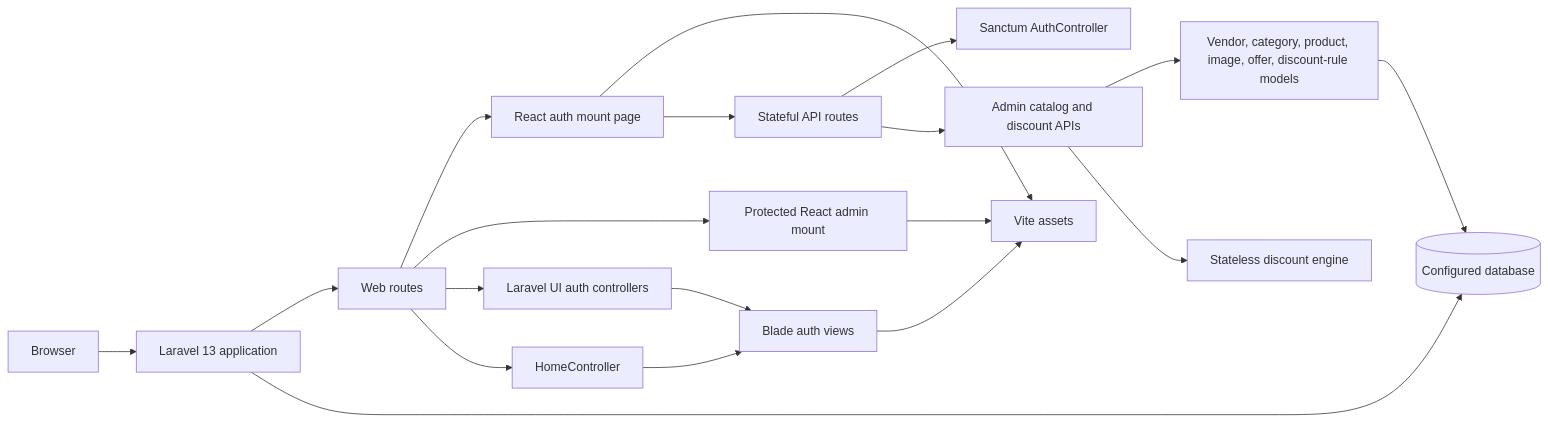
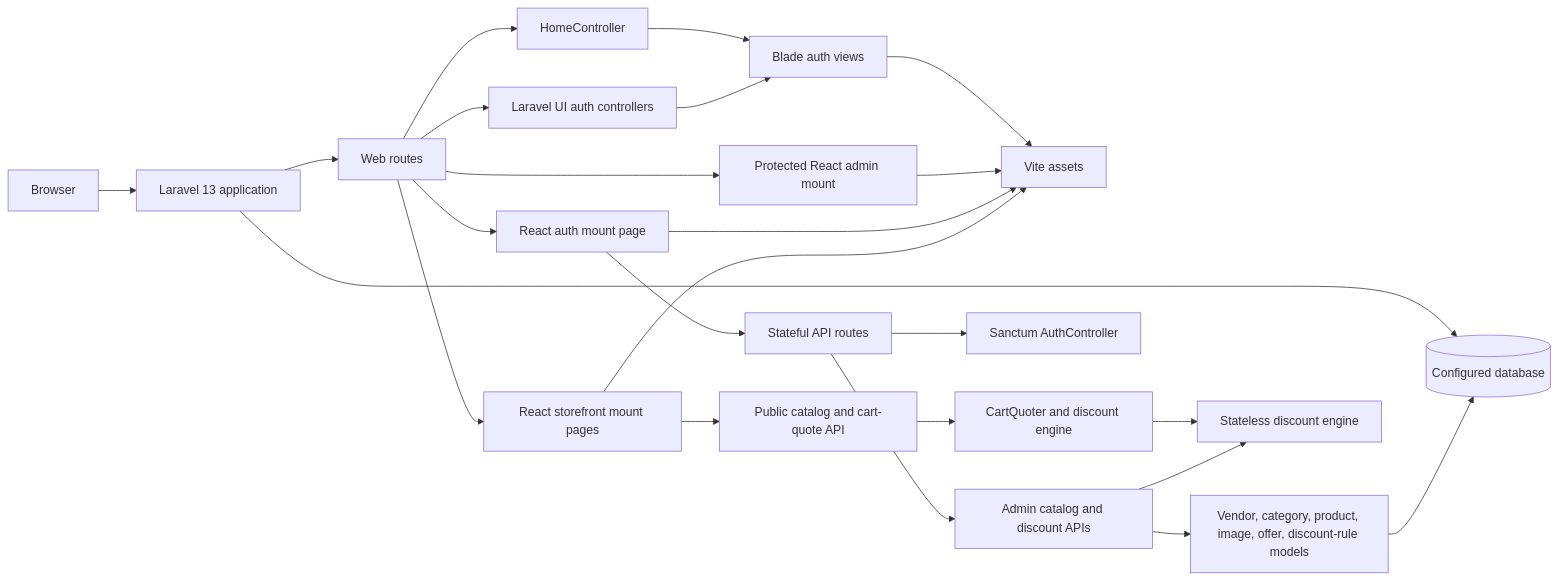
The diagram in docs/architecture/overview.md (artgolwebdev/lara-multi-vendors-shop), drawn with Mermaid before and after one commit. The commit also changed other lines of this file and 65 other files, not shown here.

First line of the commit message:
Implement public product listing and guest shopping cart

````diff
--- a/docs/architecture/overview.md
+++ b/docs/architecture/overview.md
@@ -7,21 +7,26 @@
 ```mermaid
 flowchart LR
     Browser --> Laravel[Laravel 13 application]
     Laravel --> WebRoutes[Web routes]
+    WebRoutes --> StorePage[React storefront mount pages]
     WebRoutes --> ReactPage[React auth mount page]
     WebRoutes --> AdminPage[Protected React admin mount]
-    ReactPage --> Vite[Vite assets]
+    StorePage --> Vite[Vite assets]
+    ReactPage --> Vite
     AdminPage --> Vite
+    StorePage --> PublicApi[Public catalog and cart-quote API]
+    PublicApi --> CartQuoter[CartQuoter and discount engine]
     ReactPage --> ApiRoutes[Stateful API routes]
     ApiRoutes --> ApiAuth[Sanctum AuthController]
     ApiRoutes --> AdminApi[Admin catalog and discount APIs]
     AdminApi --> Catalog[Vendor, category, product, image, offer, discount-rule models]
     AdminApi --> Discounts[Stateless discount engine]
+    CartQuoter --> Discounts
     Catalog --> DB
     WebRoutes --> Auth[Laravel UI auth controllers]
     WebRoutes --> Home[HomeController]
     Auth --> Views[Blade auth views]
     Home --> Views
     Views --> Vite
     Laravel --> DB[(Configured database)]
 ```
````
